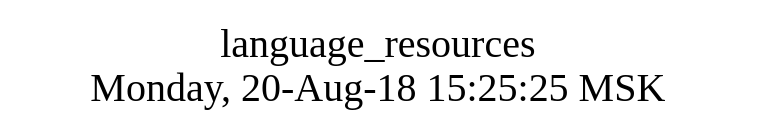
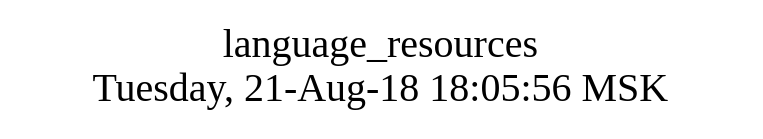
One commit to AlexZeDim/apps changed the diagram in src/language_resources/struct.dot. Above: the diagram before and after it, drawn with Graphviz. The commit also changed 14 other files, not shown here.

```diff
--- a/src/language_resources/struct.dot
+++ b/src/language_resources/struct.dot
@@ -1,10 +1,10 @@
 digraph G {
 graph [
   fontsize="24";
-  label="language_resources\nMonday, 20-Aug-18 15:25:25 MSK";
+  label="language_resources\nTuesday, 21-Aug-18 18:05:56 MSK";
   nojustify=true;
   ordering=out;
   rankdir=LR;
   size="30";
 ];
 }
```
